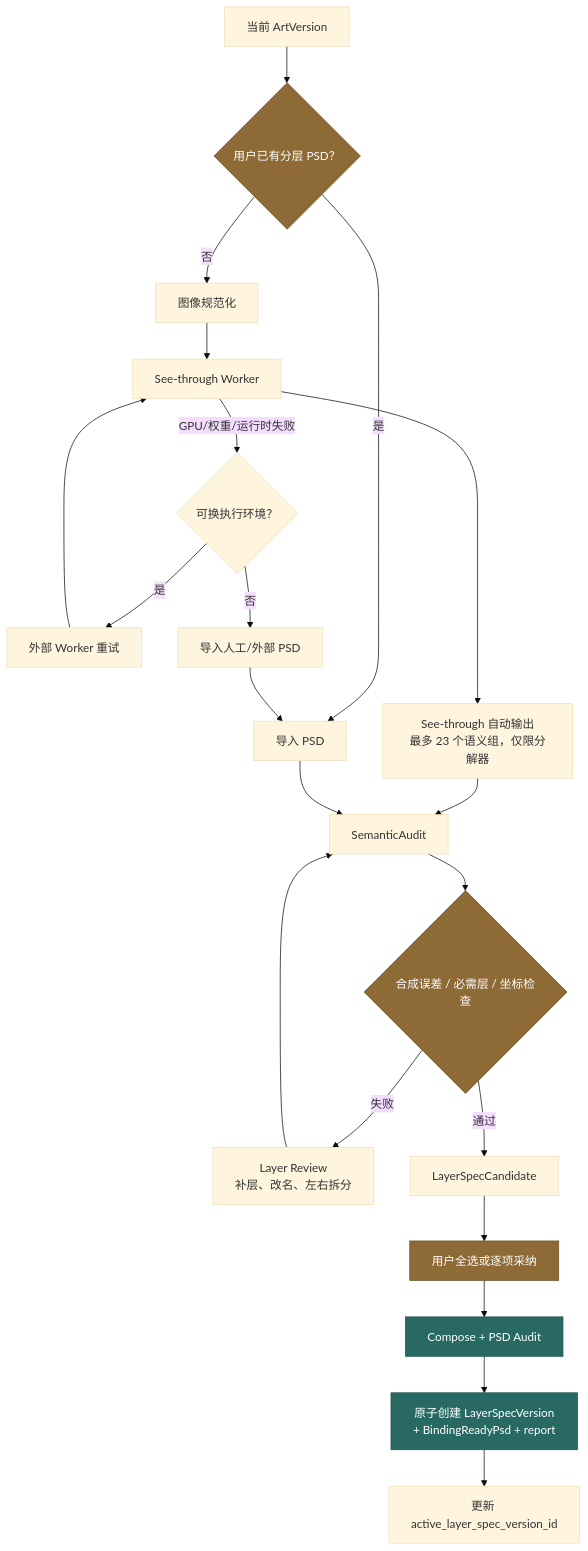
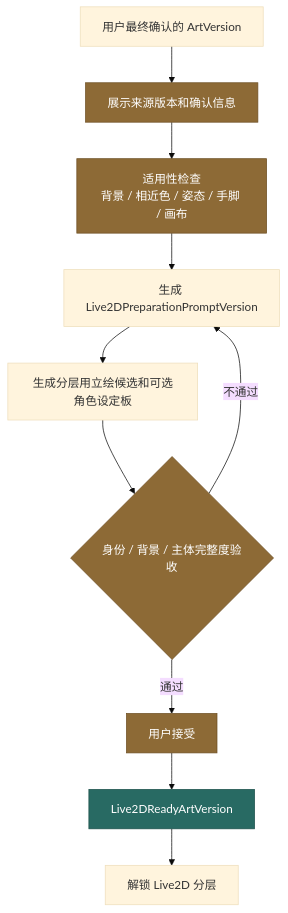
Before and after one commit to fupingyezi/agent2live: the sixth of 21 diagrams in docs/architecture/2026-11-08-stage-workflows.md, drawn with Mermaid (base theme). The commit also changed other lines of this file and 11 other files, not shown here.

Commit message:
docs: update live2D workbench architecture

````diff
--- a/docs/architecture/2026-11-08-stage-workflows.md
+++ b/docs/architecture/2026-11-08-stage-workflows.md
@@ -246,28 +245,17 @@
 ```mermaid
 flowchart TD
-  A["当前 ArtVersion"] --> B{"用户已有分层 PSD？"}
-  B -->|是| C["导入 PSD"]
-  B -->|否| D["图像规范化"]
-  D --> E["See-through Worker"]
-  E -->|GPU/权重/运行时失败| E1{"可换执行环境？"}
-  E1 -->|是| E2["外部 Worker 重试"]
-  E2 --> E
-  E1 -->|否| E3["导入人工/外部 PSD"]
-  E3 --> C
-  E --> F["See-through 自动输出<br/>最多 23 个语义组，仅限分解器"]
-  F --> G["SemanticAudit"]
-  C --> G
-  G --> H{"合成误差 / 必需层 / 坐标检查"}
-  H -->|失败| I["Layer Review<br/>补层、改名、左右拆分"]
-  I --> G
-  H -->|通过| J["LayerSpecCandidate"]
-  J --> K["用户全选或逐项采纳"]
-  K --> M["Compose + PSD Audit"]
-  M --> L["原子创建 LayerSpecVersion<br/>+ BindingReadyPsd + report"]
-  L --> N["更新 active_layer_spec_version_id"]
+  A["用户最终确认的 ArtVersion"] --> B["展示来源版本和确认信息"]
+  B --> C["适用性检查<br/>背景 / 相近色 / 姿态 / 手脚 / 画布"]
+  C --> D["生成 Live2DPreparationPromptVersion"]
+  D --> E["生成分层用立绘候选和可选角色设定板"]
+  E --> F{"身份 / 背景 / 主体完整度验收"}
+  F -->|不通过| D
+  F -->|通过| G["用户接受"]
+  G --> H["Live2DReadyArtVersion"]
+  H --> I["解锁 Live2D 分层"]
 
   classDef gate fill:#8d6a36,color:#fff,stroke:#6d4f24;
   classDef artifact fill:#286a63,color:#fff,stroke:#1d514b;
-  class B,H,K gate;
-  class L,M artifact;
+  class B,C,F,G gate;
+  class H artifact;
 ```
````
